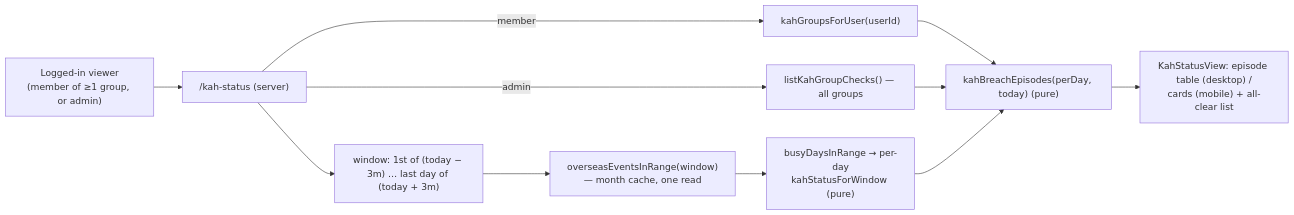
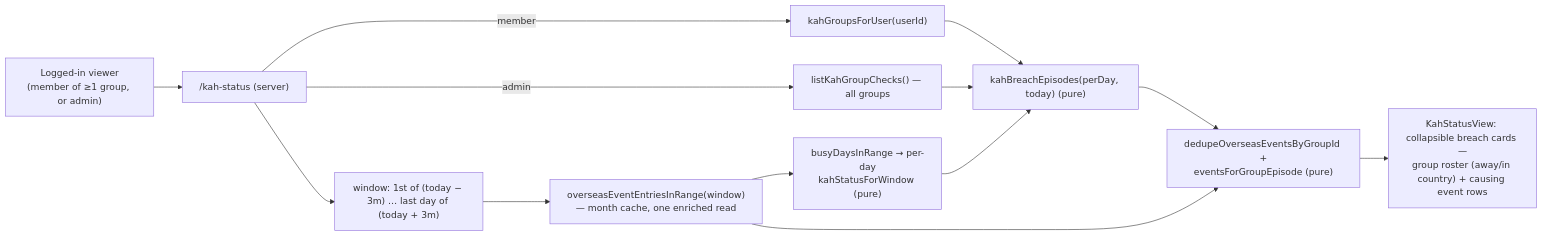
Before and after one commit to oncloudnintynineone-source/cloudy2: the fourth of 4 diagrams in docs/kah.md, drawn with Mermaid. The commit also changed other lines of this file and 17 other files, not shown here.

Commit message:
KAH breach cards: group roster + causing events, clash-style

````diff
--- a/docs/kah.md
+++ b/docs/kah.md
@@ -201,13 +201,15 @@
 ```mermaid
 flowchart LR
  U["Logged-in viewer<br/>(member of ≥1 group, or admin)"] --> P["/kah-status (server)"]
  P -- "member" --> G["kahGroupsForUser(userId)"]
  P -- "admin" --> A["listKahGroupChecks() — all groups"]
  P --> W["window: 1st of (today − 3m) … last day of (today + 3m)"]
- W --> B["overseasEventsInRange(window)<br/>— month cache, one read"]
+ W --> B["overseasEventEntriesInRange(window)<br/>— month cache, one enriched read"]
  B --> D["busyDaysInRange → per-day<br/>kahStatusForWindow (pure)"]
  G --> E["kahBreachEpisodes(perDay, today) (pure)"]
  A --> E
  D --> E
- E --> V["KahStatusView: episode table (desktop) /<br/>cards (mobile) + all-clear list"]
+ B --> C["dedupeOverseasEventsByGroupId +<br/>eventsForGroupEpisode (pure)"]
+ E --> C
+ C --> V["KahStatusView: collapsible breach cards —<br/>group roster (away/in country) + causing event rows"]
 ```
````
